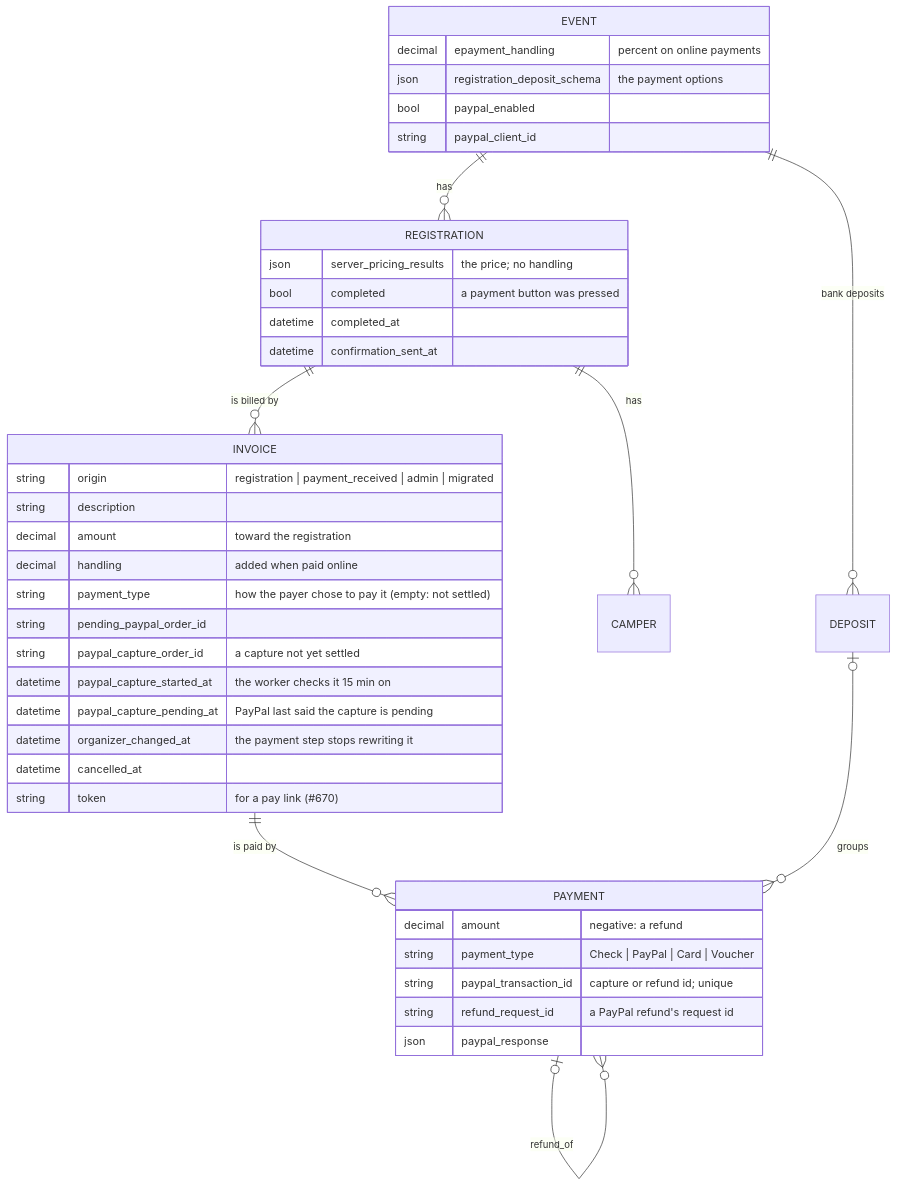
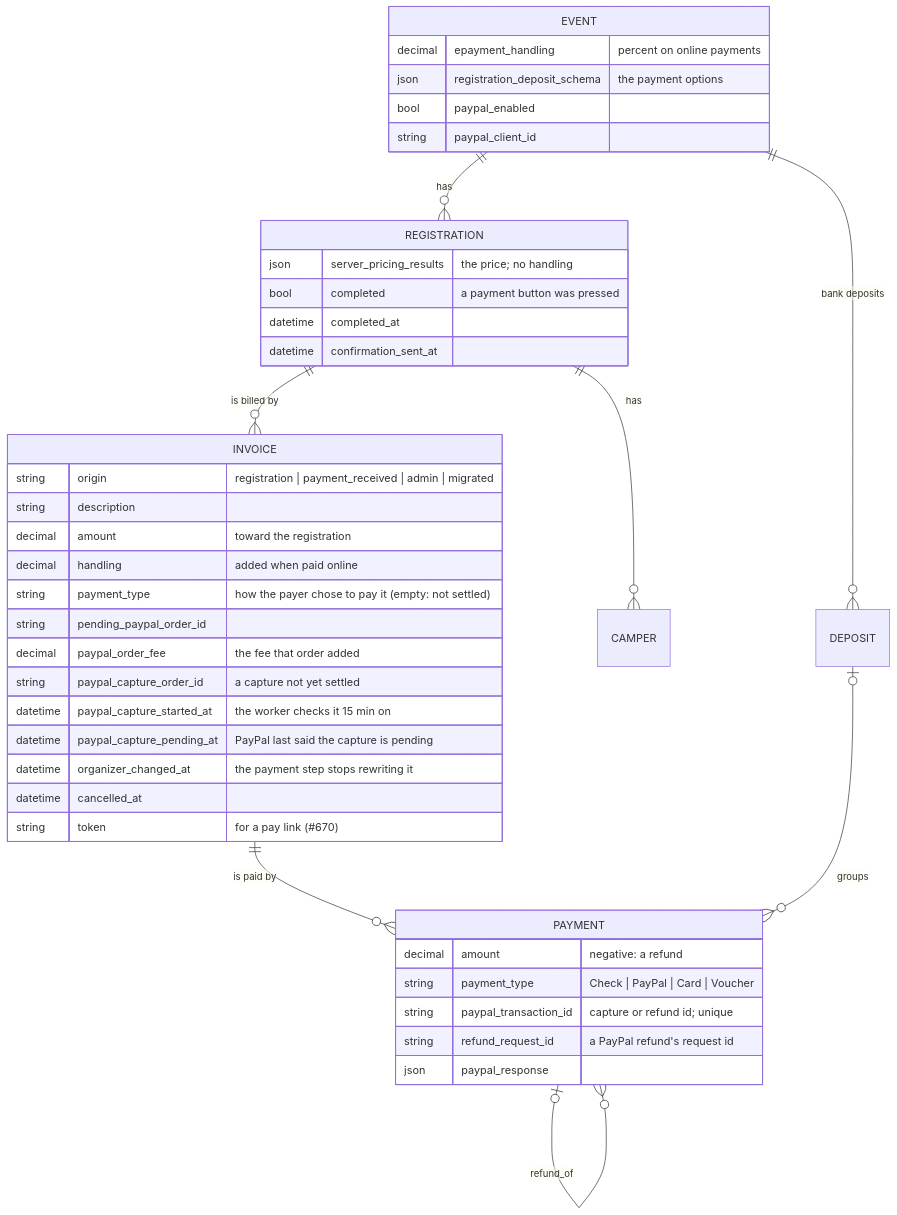
One commit to camphoric/camphoric changed the first of 12 diagrams in doc/payments.md. Above: the diagram before and after it, drawn with Mermaid. The commit also changed other lines of this file and 12 other files, not shown here.

First line of the commit message:
fix(payments): record a pending capture's fee as its order asked it

````diff
--- a/doc/payments.md
+++ b/doc/payments.md
@@ -46,43 +46,44 @@
 ```mermaid
 erDiagram
     EVENT ||--o{ REGISTRATION : has
     EVENT ||--o{ DEPOSIT : "bank deposits"
     REGISTRATION ||--o{ CAMPER : has
     REGISTRATION ||--o{ INVOICE : "is billed by"
     INVOICE ||--o{ PAYMENT : "is paid by"
     PAYMENT |o--o{ PAYMENT : "refund_of"
     DEPOSIT |o--o{ PAYMENT : groups
     EVENT {
         decimal epayment_handling "percent on online payments"
         json registration_deposit_schema "the payment options"
         bool paypal_enabled
         string paypal_client_id
     }
     REGISTRATION {
         json server_pricing_results "the price; no handling"
         bool completed "a payment button was pressed"
         datetime completed_at
         datetime confirmation_sent_at
     }
     INVOICE {
         string origin "registration | payment_received | admin | migrated"
         string description
         decimal amount "toward the registration"
         decimal handling "added when paid online"
         string payment_type "how the payer chose to pay it (empty: not settled)"
         string pending_paypal_order_id
+        decimal paypal_order_fee "the fee that order added"
         string paypal_capture_order_id "a capture not yet settled"
         datetime paypal_capture_started_at "the worker checks it 15 min on"
         datetime paypal_capture_pending_at "PayPal last said the capture is pending"
         datetime organizer_changed_at "the payment step stops rewriting it"
         datetime cancelled_at
         string token "for a pay link (#670)"
     }
     PAYMENT {
         decimal amount "negative: a refund"
         string payment_type "Check | PayPal | Card | Voucher"
         string paypal_transaction_id "capture or refund id; unique"
         string refund_request_id "a PayPal refund's request id"
         json paypal_response
     }
 ```
````
